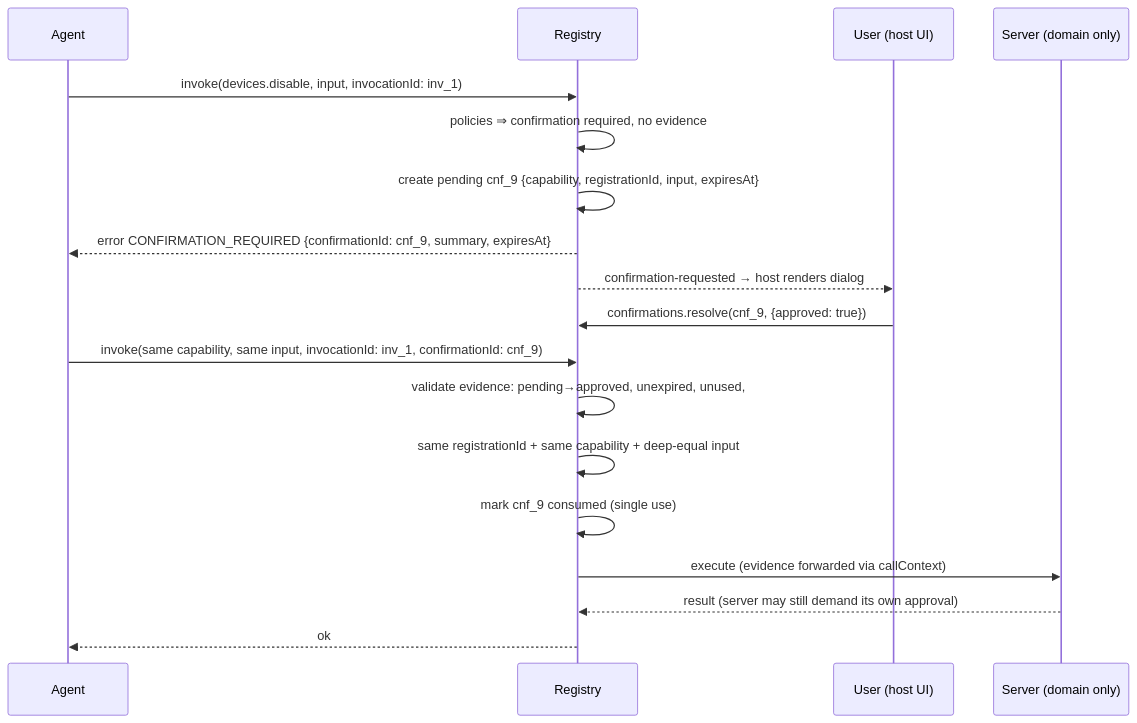
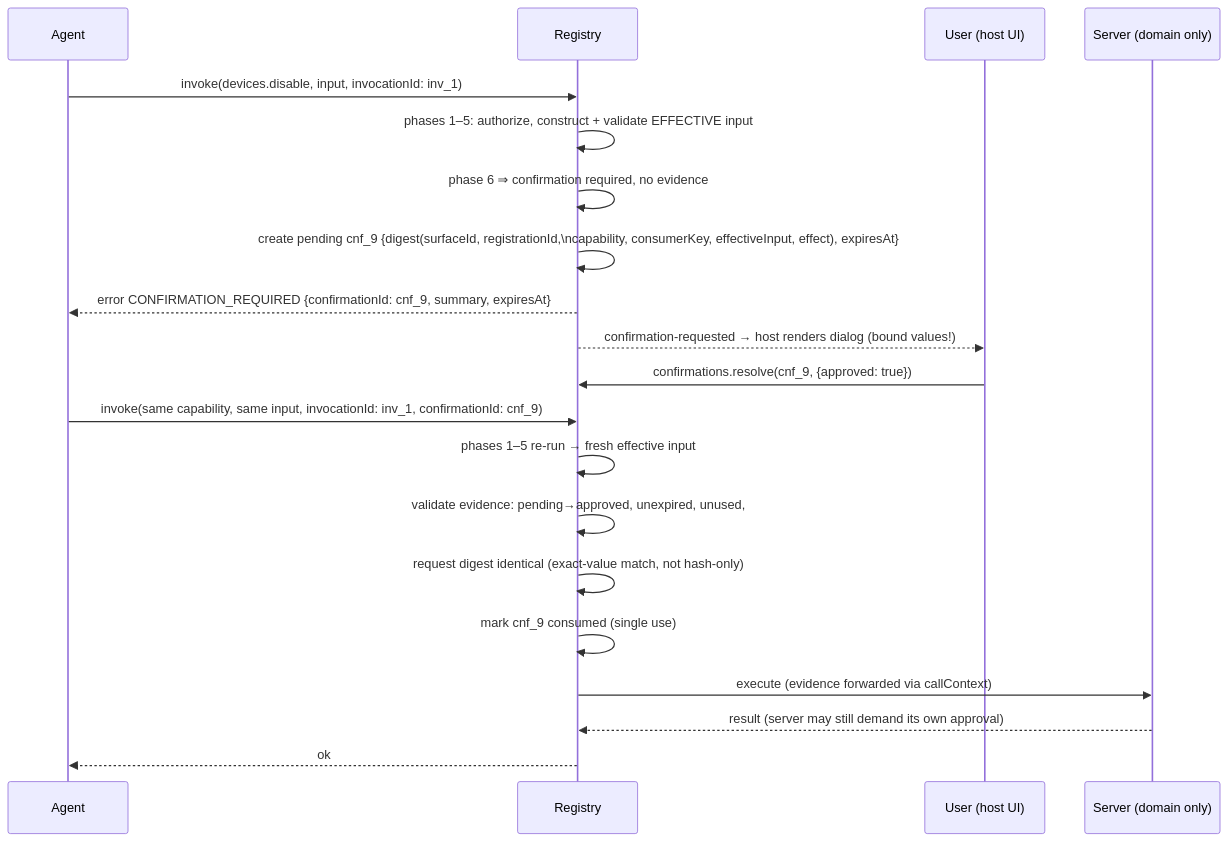
Before and after one commit to Wiseair-srl/agent-surface: the diagram in docs/06-policies-and-security.md, drawn with Mermaid. The commit also changed other lines of this file and 45 other files, not shown here.

````diff
--- a/docs/06-policies-and-security.md
+++ b/docs/06-policies-and-security.md
@@ -152,21 +176,23 @@
 ```mermaid
 sequenceDiagram
     participant M as Agent
     participant R as Registry
     participant U as User (host UI)
     participant S as Server (domain only)
 
     M->>R: invoke(devices.disable, input, invocationId: inv_1)
-    R->>R: policies ⇒ confirmation required, no evidence
-    R->>R: create pending cnf_9 {capability, registrationId, input, expiresAt}
+    R->>R: phases 1–5: authorize, construct + validate EFFECTIVE input
+    R->>R: phase 6 ⇒ confirmation required, no evidence
+    R->>R: create pending cnf_9 {digest(surfaceId, registrationId,\ncapability, consumerKey, effectiveInput, effect), expiresAt}
     R-->>M: error CONFIRMATION_REQUIRED {confirmationId: cnf_9, summary, expiresAt}
-    R-->>U: confirmation-requested → host renders dialog
+    R-->>U: confirmation-requested → host renders dialog (bound values!)
     U->>R: confirmations.resolve(cnf_9, {approved: true})
     M->>R: invoke(same capability, same input, invocationId: inv_1, confirmationId: cnf_9)
+    R->>R: phases 1–5 re-run → fresh effective input
     R->>R: validate evidence: pending→approved, unexpired, unused,
-    R->>R: same registrationId + same capability + deep-equal input
+    R->>R: request digest identical (exact-value match, not hash-only)
     R->>R: mark cnf_9 consumed (single use)
     R->>S: execute (evidence forwarded via callContext)
     S-->>R: result (server may still demand its own approval)
     R-->>M: ok
 ```
````
